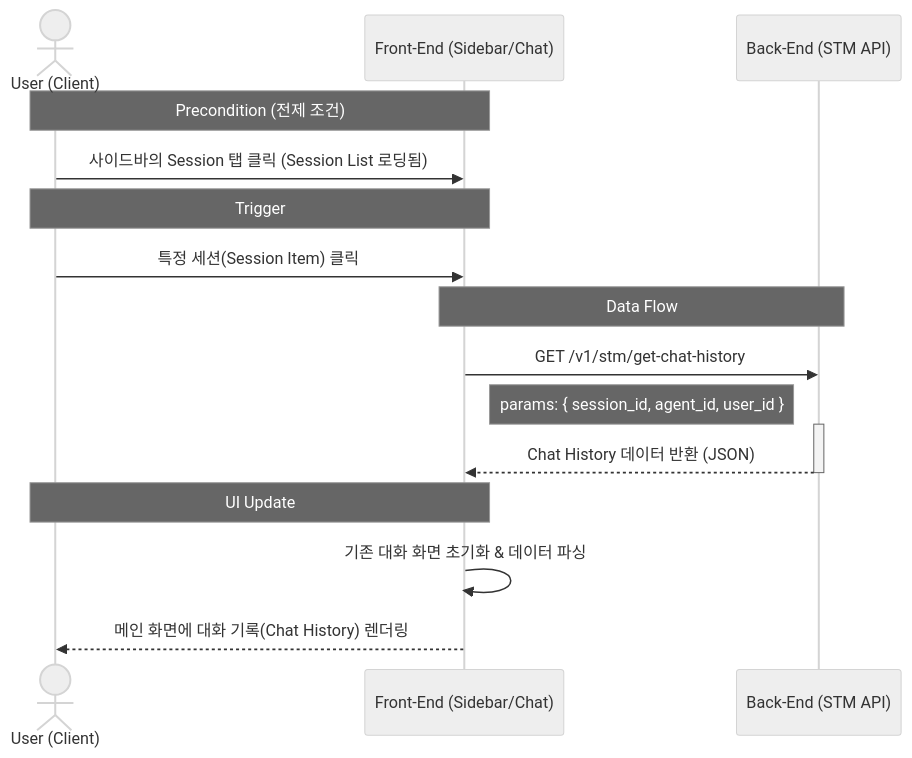
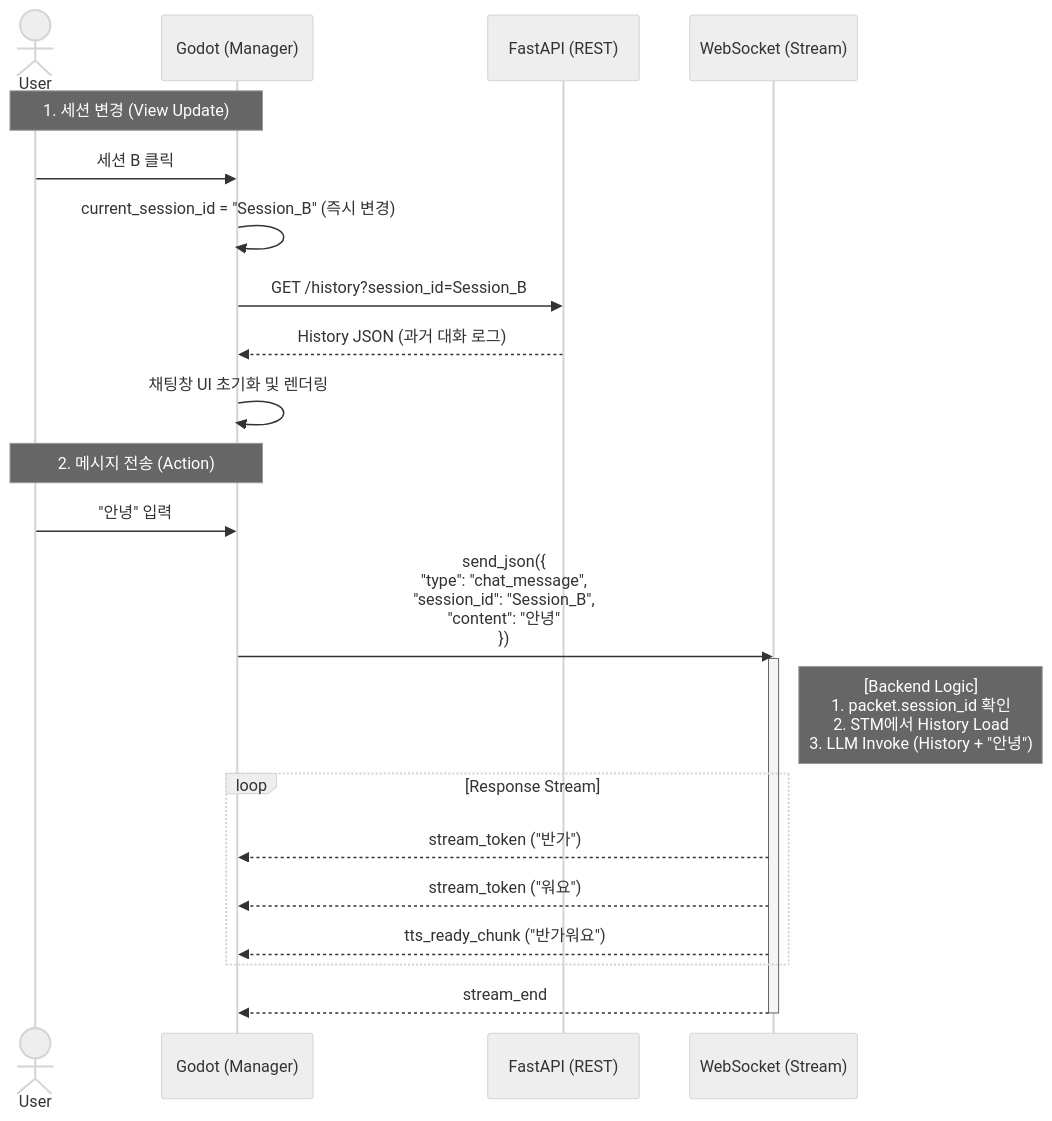
The diagram in docs/data_flow/session/SWITCH_SESSION.md (yw0nam/DesktopMatePlus), drawn with Mermaid (neutral theme) before and after one commit. The commit also changed other lines of this file and 1 other file, not shown here.

````diff
--- a/docs/data_flow/session/SWITCH_SESSION.md
+++ b/docs/data_flow/session/SWITCH_SESSION.md
@@ -5,23 +5,29 @@
 ```mermaid
 sequenceDiagram
-    actor User as User (Client)
-    participant FE as Front-End (Sidebar/Chat)
-    participant BE as Back-End (STM API)
+    actor User as User
+    participant FE as Godot (Manager)
+    participant BE_API as FastAPI (REST)
+    participant BE_WS as WebSocket (Stream)
 
-    Note over User, FE: Precondition (전제 조건)
-    User->>FE: 사이드바의 Session 탭 클릭 (Session List 로딩됨)
+    Note over User, FE: 1. 세션 변경 (View Update)
+    User->>FE: 세션 B 클릭
+    FE->>FE: current_session_id = "Session_B" (즉시 변경)
+    FE->>BE_API: GET /history?session_id=Session_B
+    BE_API-->>FE: History JSON (과거 대화 로그)
+    FE->>FE: 채팅창 UI 초기화 및 렌더링
 
-    Note over User, FE: Trigger
-    User->>FE: 특정 세션(Session Item) 클릭
+    Note over User, FE: 2. 메시지 전송 (Action)
+    User->>FE: "안녕" 입력
+    FE->>BE_WS: send_json({<br/> "type": "chat_message",<br/> "session_id": "Session_B",<br/> "content": "안녕"<br/>})
 
-    Note over FE, BE: Data Flow
-    FE->>BE: GET /v1/stm/get-chat-history
-    Note right of FE: params: { session_id, agent_id, user_id }
-    activate BE
-    BE-->>FE: Chat History 데이터 반환 (JSON)
-    deactivate BE
+    activate BE_WS
+    Note right of BE_WS: [Backend Logic]<br>1. packet.session_id 확인<br>2. STM에서 History Load<br>3. LLM Invoke (History + "안녕")
 
-    Note over FE, User: UI Update
-    FE->>FE: 기존 대화 화면 초기화 & 데이터 파싱
-    FE-->>User: 메인 화면에 대화 기록(Chat History) 렌더링
+    loop Response Stream
+        BE_WS-->>FE: stream_token ("반가")
+        BE_WS-->>FE: stream_token ("워요")
+        BE_WS-->>FE: tts_ready_chunk ("반가워요")
+    end
+    BE_WS-->>FE: stream_end
+    deactivate BE_WS
 ```
````
